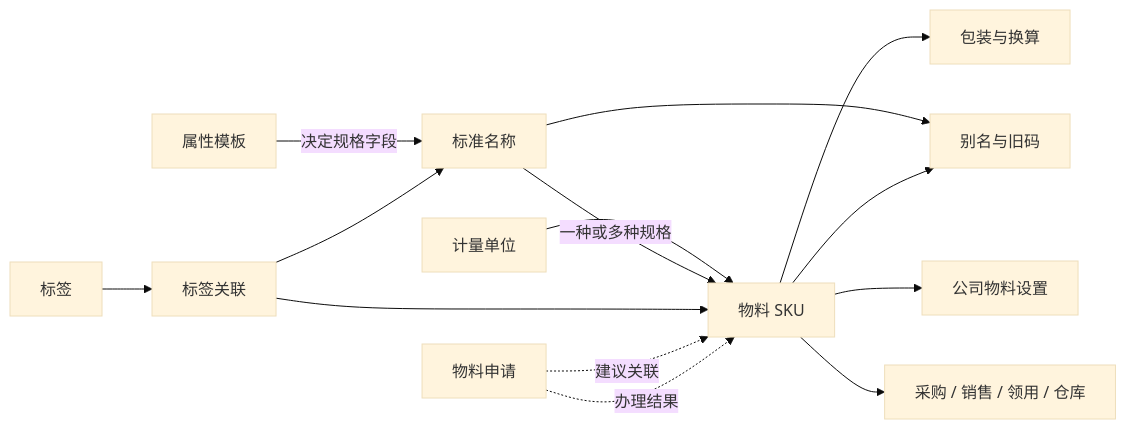
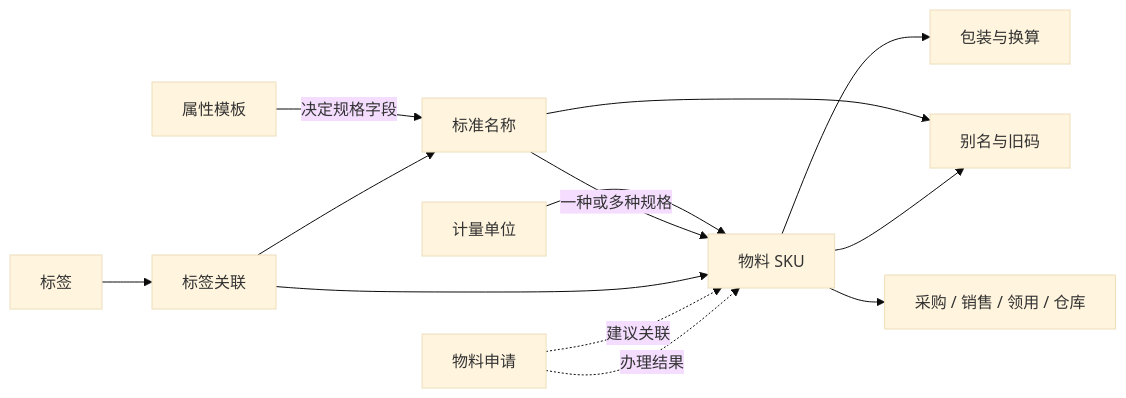
Before and after one commit to bihaizhou/group-erp: the first of 2 diagrams in docs/仓库物料中心使用手册.md, drawn with Mermaid (base theme). The commit also changed other lines of this file and 171 other files, not shown here.

````diff
--- a/docs/仓库物料中心使用手册.md
+++ b/docs/仓库物料中心使用手册.md
@@ -90,16 +90,15 @@
 ```mermaid
 flowchart LR
   T[属性模板] -->|决定规格字段| N[标准名称]
   U[计量单位] --> S[物料 SKU]
   N -->|一种或多种规格| S
   S --> R[包装与换算]
   N --> A[别名与旧码]
   S --> A
   G[标签] --> L[标签关联]
   L --> N
   L --> S
-  S --> C[公司物料设置]
   Q[物料申请] -. 建议关联 .-> S
   Q -. 办理结果 .-> S
   S --> B[采购 / 销售 / 领用 / 仓库]
 ```
````
